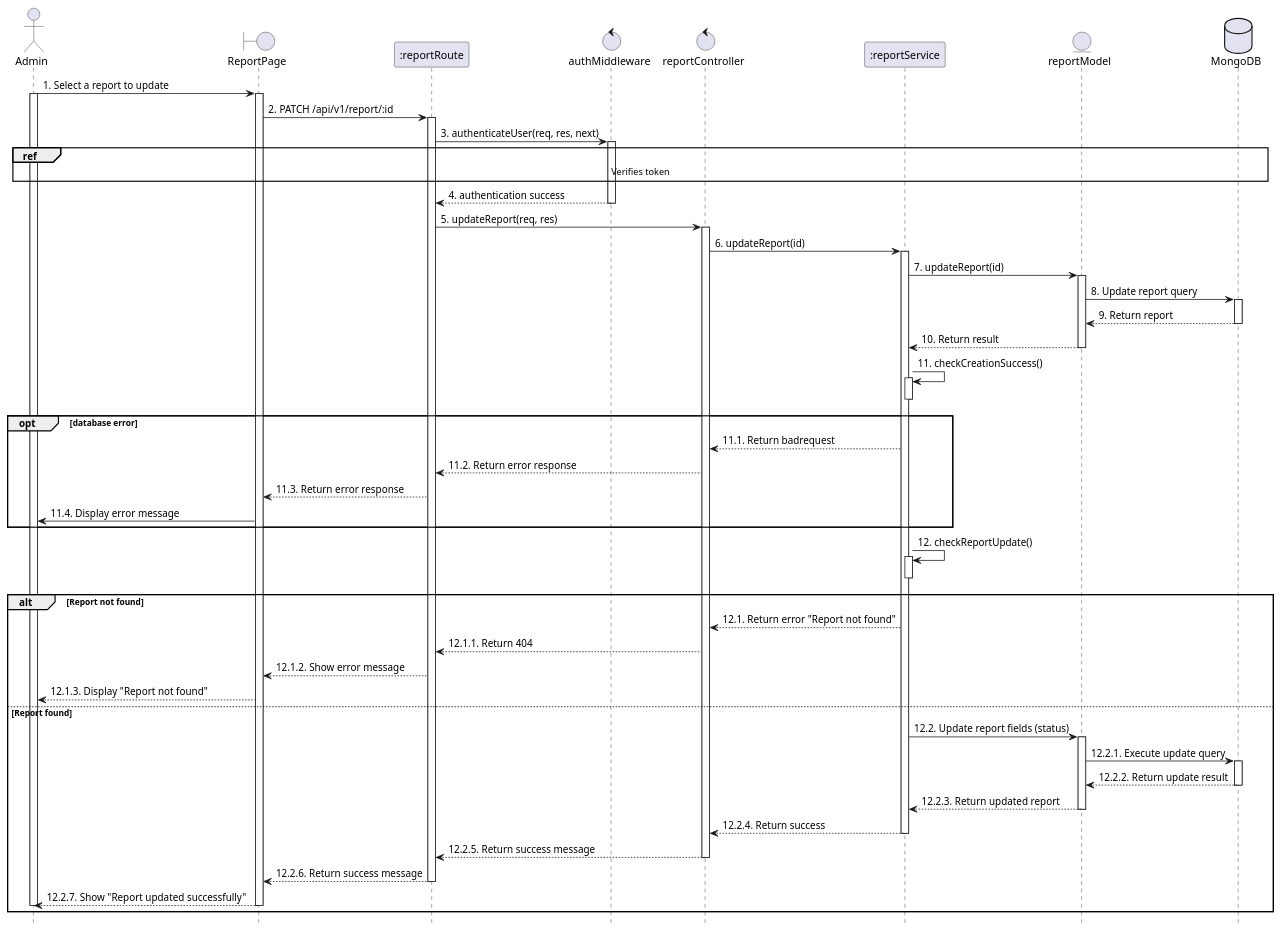
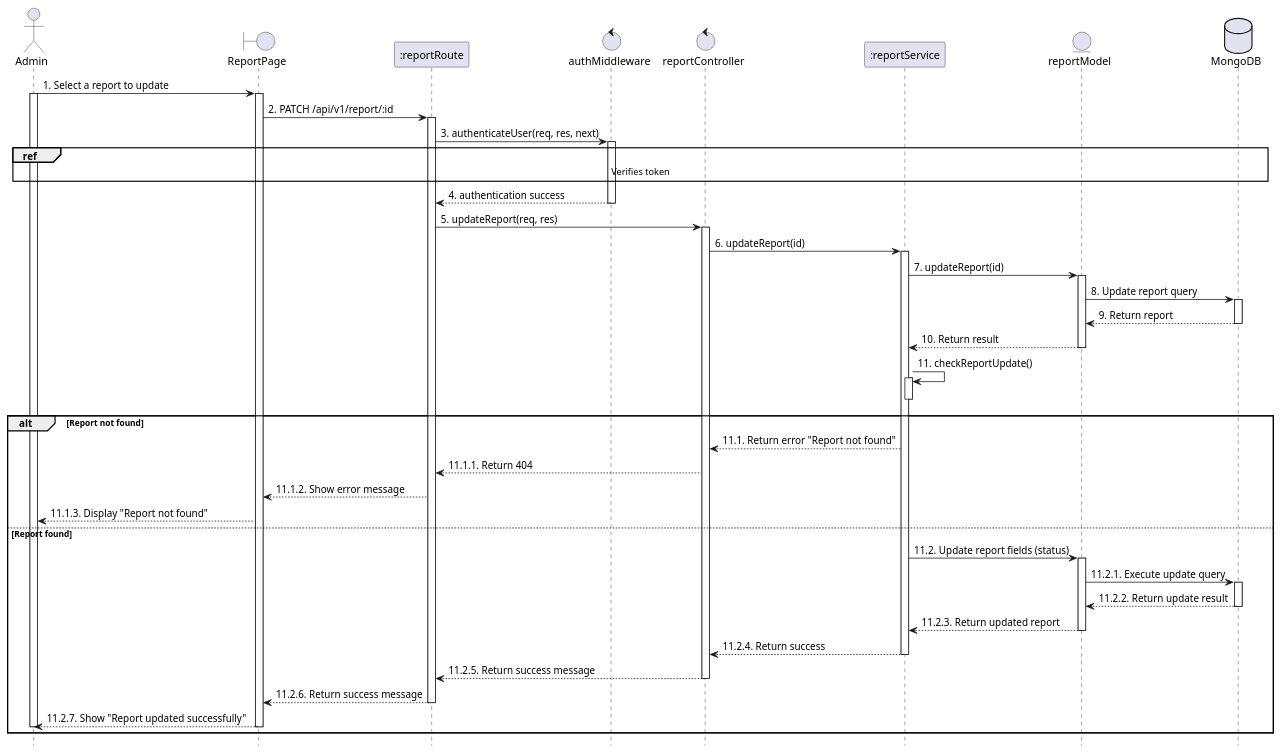
Before and after one commit to VietDurian/VietDurian: the diagram in planuml/web/19.3_updateReport.puml, drawn with PlantUML. The commit also changed 14 other files, not shown here.

```diff
--- a/planuml/web/19.3_updateReport.puml
+++ b/planuml/web/19.3_updateReport.puml
@@ -1,84 +1,73 @@
 @startuml UC44_UpdateReport
 
 actor Admin as "Admin"
 boundary "ReportPage" as View
 participant ":reportRoute" as Route
 control "authMiddleware" as Auth
 control "reportController" as Controller
 participant ":reportService" as Service
 entity "reportModel" as Model
 database "MongoDB" as MongoDB
 hide footbox
 
     Admin -> View: 1. Select a report to update
     activate View
     activate Admin
 
     View -> Route: 2. PATCH /api/v1/report/:id
     activate Route
     Route -> Auth: 3. authenticateUser(req, res, next)
 
     activate Auth
     ref over Admin, MongoDB : Verifies token
     Auth --> Route: 4. authentication success
     deactivate Auth
 
     Route -> Controller: 5. updateReport(req, res)
     activate Controller
 
     Controller -> Service: 6. updateReport(id)
     activate Service
 
     Service -> Model: 7. updateReport(id)
     activate Model
 
     Model -> MongoDB: 8. Update report query
     activate MongoDB
     MongoDB --> Model: 9. Return report
     deactivate MongoDB
 
     Model --> Service: 10. Return result
     deactivate Model
 
-    Service -> Service: 11. checkCreationSuccess()
-    activate Service
-    deactivate Service
-
-    opt database error
-        Service --> Controller: 11.1. Return badrequest
-        Controller --> Route: 11.2. Return error response
-        Route --> View: 11.3. Return error response
-        View -> Admin: 11.4. Display error message
-    end
-
-    Service -> Service: 12. checkReportUpdate()
+    Service -> Service: 11. checkReportUpdate()
     activate Service
     deactivate Service
 
     alt Report not found
-        Service --> Controller: 12.1. Return error "Report not found"
-        Controller --> Route: 12.1.1. Return 404
-        Route --> View: 12.1.2. Show error message
-        View --> Admin: 12.1.3. Display "Report not found"
+        Service --> Controller: 11.1. Return error "Report not found"
+        Controller --> Route: 11.1.1. Return 404
+        Route --> View: 11.1.2. Show error message
+        View --> Admin: 11.1.3. Display "Report not found"
     else Report found
-        Service -> Model: 12.2. Update report fields (status)
+        Service -> Model: 11.2. Update report fields (status)
         activate Model
-        Model -> MongoDB: 12.2.1. Execute update query
+        Model -> MongoDB: 11.2.1. Execute update query
         activate MongoDB
-        MongoDB --> Model: 12.2.2. Return update result
+        MongoDB --> Model: 11.2.2. Return update result
         deactivate MongoDB
-        Model --> Service: 12.2.3. Return updated report
+        Model --> Service: 11.2.3. Return updated report
         deactivate Model
 
-        Service --> Controller: 12.2.4. Return success
+        Service --> Controller: 11.2.4. Return success
         deactivate Service
-        Controller --> Route: 12.2.5. Return success message
+        Controller --> Route: 11.2.5. Return success message
         deactivate Controller
-        Route --> View: 12.2.6. Return success message
+        Route --> View: 11.2.6. Return success message
         deactivate Route
-        View --> Admin: 12.2.7. Show "Report updated successfully"
+        View --> Admin: 11.2.7. Show "Report updated successfully"
         deactivate View
         deactivate Admin
     end
 
 @enduml
```
